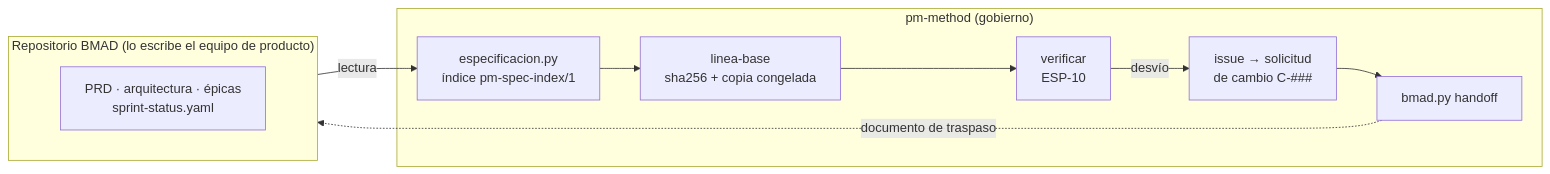
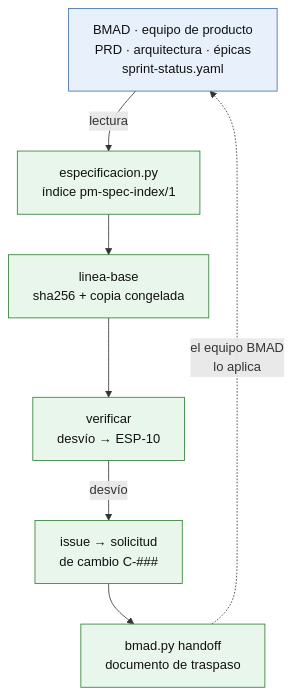
The seventh of 7 diagrams in README.md (Arturo-Penas-Rial/pm-method), drawn with Mermaid before and after one commit. The commit also changed other lines of this file and 52 other files, not shown here.

Commit message:
pm-method 2.1.0: guías E2E para el usuario, prompts y entradas/salidas en los casos, diagramas legibles

````diff
--- a/README.md
+++ b/README.md
@@ -212,18 +223,13 @@
 ```mermaid
-flowchart LR
-    subgraph BMAD["Repositorio BMAD (lo escribe el equipo de producto)"]
-        direction TB
-        PRD["PRD · arquitectura · épicas<br/>sprint-status.yaml"]
-    end
-    subgraph PM["pm-method (gobierno)"]
-        IDX["especificacion.py<br/>índice pm-spec-index/1"]
-        LB["linea-base<br/>sha256 + copia congelada"]
-        VER["verificar<br/>ESP-10"]
-        ISS["issue → solicitud<br/>de cambio C-###"]
-        HO["bmad.py handoff"]
-    end
-    PRD -->|lectura| IDX
-    IDX --> LB --> VER
-    VER -->|desvío| ISS --> HO
-    HO -.->|documento de traspaso| PRD
+flowchart TB
+    PRD["BMAD · equipo de producto<br/>PRD · arquitectura · épicas<br/>sprint-status.yaml"]:::bmad
+    IDX["especificacion.py<br/>índice pm-spec-index/1"]:::pm
+    LB["linea-base<br/>sha256 + copia congelada"]:::pm
+    VER["verificar<br/>desvío → ESP-10"]:::pm
+    ISS["issue → solicitud<br/>de cambio C-###"]:::pm
+    HO["bmad.py handoff<br/>documento de traspaso"]:::pm
+    PRD -->|lectura| IDX --> LB --> VER -->|desvío| ISS --> HO
+    HO -.->|"el equipo BMAD<br/>lo aplica"| PRD
+    classDef bmad fill:#e8f1fb,stroke:#3b6ea8,color:#111
+    classDef pm fill:#e9f6ec,stroke:#2e7d32,color:#111
 ```
````
